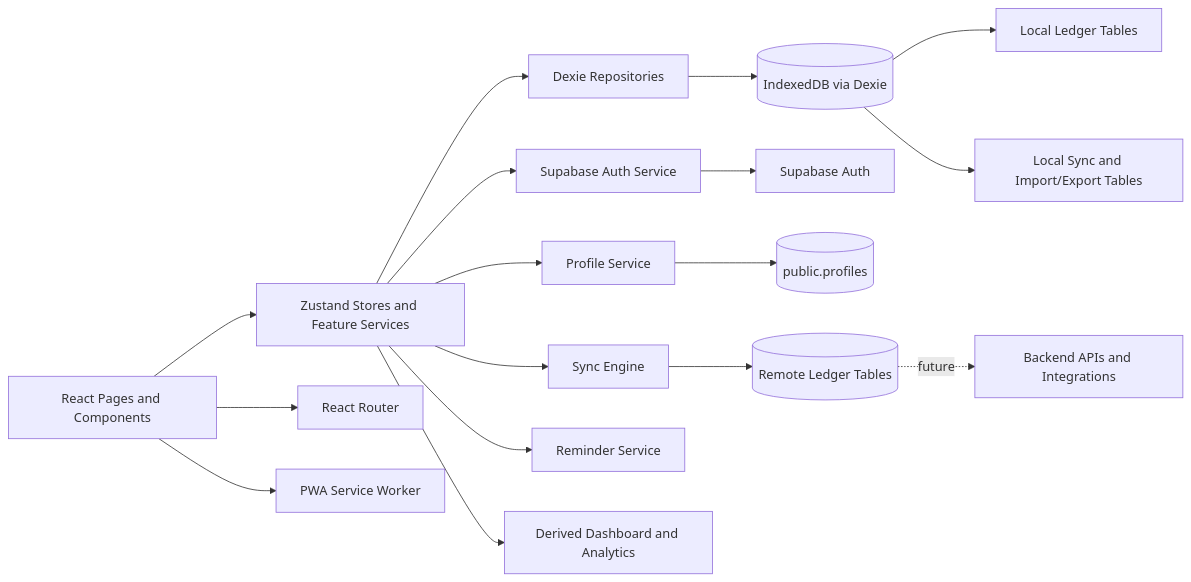
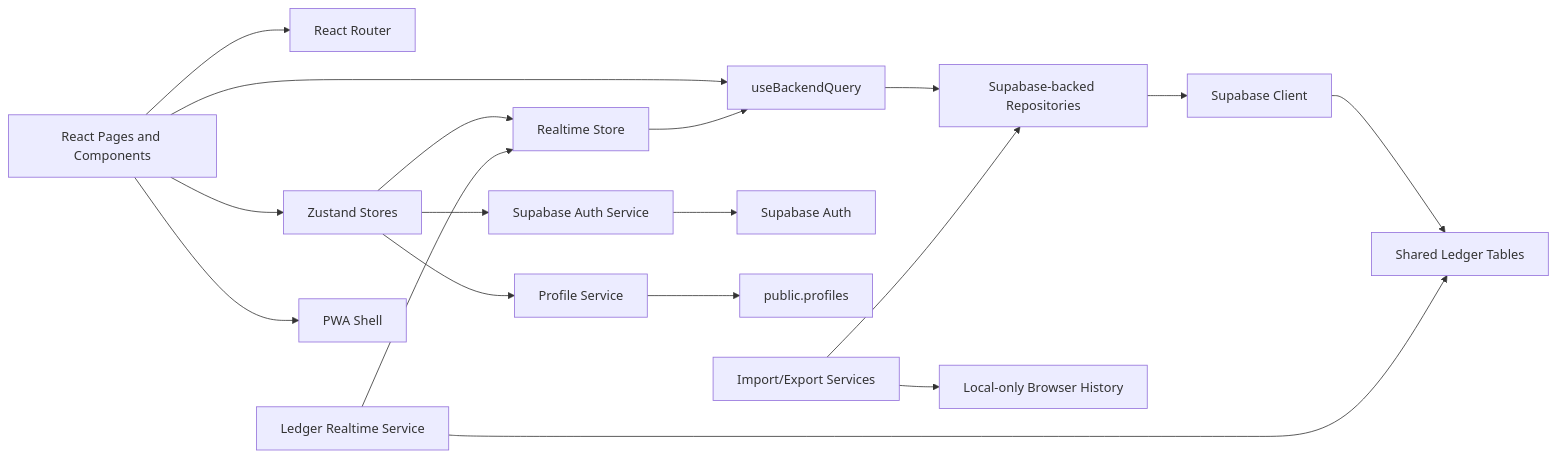
One commit to MbahLesky/Fin-Ledger-by-Lespa---Web changed the diagram in docs/component_diagram.md. Above: the diagram before and after it, drawn with Mermaid. The commit also changed other lines of this file and 86 other files, not shown here.

First line of the commit message:
feat: remove sync layer and integrate Supabase for shared data management

````diff
--- a/docs/component_diagram.md
+++ b/docs/component_diagram.md
@@ -123,19 +106,20 @@
 ```mermaid
 flowchart LR
-    UI[React Pages and Components] --> STORE[Zustand Stores and Feature Services]
-    UI --> ROUTER[React Router]
-    STORE --> REPO[Dexie Repositories]
-    REPO --> DB[(IndexedDB via Dexie)]
-    STORE --> AUTH[Supabase Auth Service]
-    STORE --> PROFILE[Profile Service]
-    STORE --> SYNC[Sync Engine]
-    AUTH --> SA[Supabase Auth]
-    PROFILE --> SP[(public.profiles)]
-    SYNC --> REMOTE[(Remote Ledger Tables)]
-    UI --> SW[PWA Service Worker]
-    STORE --> REMINDER[Reminder Service]
-    DB --> LEDGER[Local Ledger Tables]
-    DB --> OPS[Local Sync and Import/Export Tables]
-    STORE --> DERIVED[Derived Dashboard and Analytics]
-    REMOTE -. future .-> API[Backend APIs and Integrations]
+    UI["React Pages and Components"] --> HOOK["useBackendQuery"]
+    UI --> ROUTER["React Router"]
+    UI --> STORE["Zustand Stores"]
+    HOOK --> REPO["Supabase-backed Repositories"]
+    REPO --> SB["Supabase Client"]
+    STORE --> AUTH["Supabase Auth Service"]
+    STORE --> PROFILE["Profile Service"]
+    STORE --> RTSTORE["Realtime Store"]
+    AUTH --> SA["Supabase Auth"]
+    PROFILE --> PROFILES["public.profiles"]
+    SB --> TABLES["Shared Ledger Tables"]
+    RTSVC["Ledger Realtime Service"] --> RTSTORE
+    RTSVC --> TABLES
+    RTSTORE --> HOOK
+    IMPORT["Import/Export Services"] --> REPO
+    IMPORT --> LOCAL["Local-only Browser History"]
+    UI --> SW["PWA Shell"]
 ```
````
